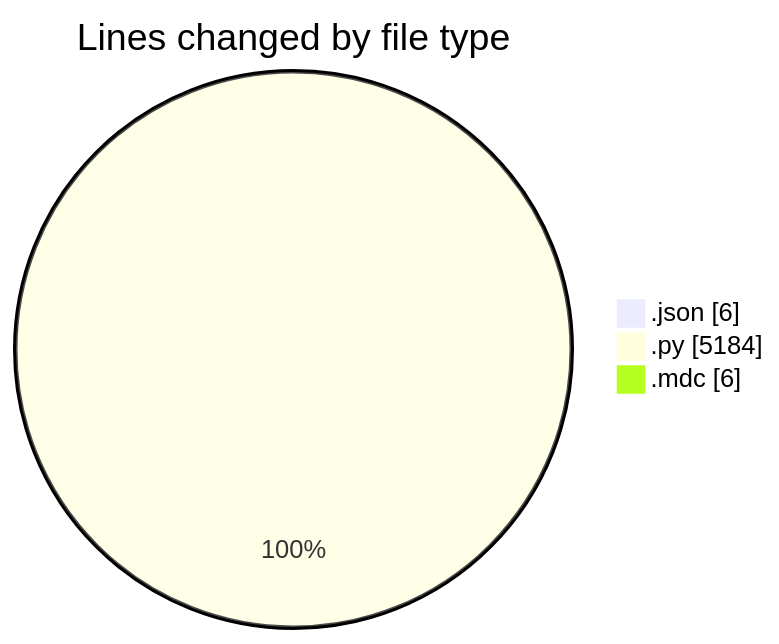
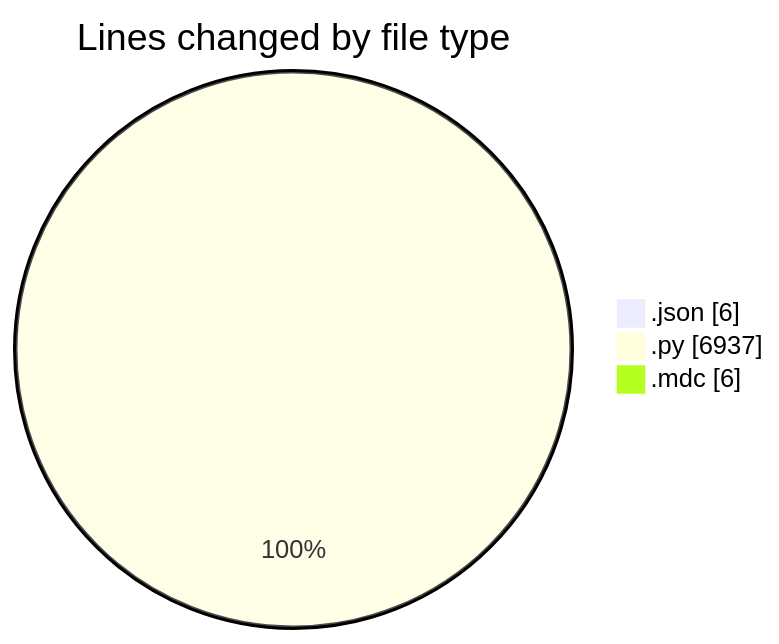
Before and after one commit to jrari/code-tracking: the first of 2 diagrams in 2025-07-16/telebot/README.md, drawn with Mermaid. The commit also changed other lines of this file and 1 other file, not shown here.

````diff
--- a/2025-07-16/telebot/README.md
+++ b/2025-07-16/telebot/README.md
@@ -25,7 +27,7 @@
 ```mermaid
 pie showData
 title Lines changed by file type
 ".json" : 6
-".py" : 5184
+".py" : 6937
 ".mdc" : 6
 ```
````
